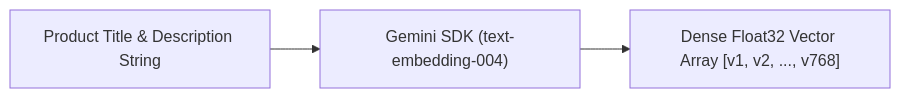
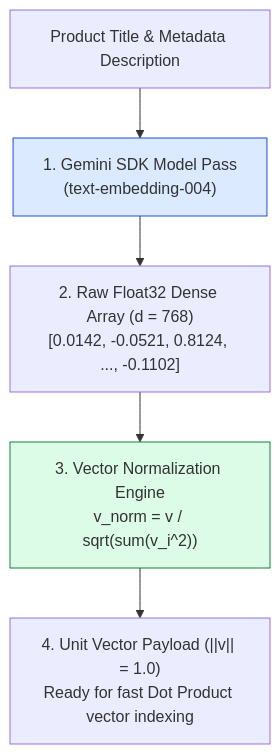
Before and after one commit to Amie-dev/engineering-playbook: the first of 3 diagrams in agentic-ai-notes/02-dukaan-search/01-embeddings-generator.md, drawn with Mermaid. The commit also changed other lines of this file and 10 other files, not shown here.

````diff
--- a/agentic-ai-notes/02-dukaan-search/01-embeddings-generator.md
+++ b/agentic-ai-notes/02-dukaan-search/01-embeddings-generator.md
@@ -10,5 +13,13 @@
 ```mermaid
-flowchart LR
-    Text[Product Title & Description String] --> SDK["Gemini SDK (text-embedding-004)"]
-    SDK --> Vector["Dense Float32 Vector Array [v1, v2, ..., v768]"]
+flowchart TD
+    ProductText[Product Title & Metadata Description] --> EmbedSDK["1. Gemini SDK Model Pass<br/>(text-embedding-004)"]
+
+    EmbedSDK --> RawVector["2. Raw Float32 Dense Array (d = 768)<br/>[0.0142, -0.0521, 0.8124, ..., -0.1102]"]
+
+    RawVector --> Normalizer["3. Vector Normalization Engine<br/>v_norm = v / sqrt(sum(v_i^2))"]
+
+    Normalizer --> UnitVector["4. Unit Vector Payload (||v|| = 1.0)<br/>Ready for fast Dot Product vector indexing"]
+
+    style EmbedSDK fill:#dbeafe,stroke:#1d4ed8
+    style Normalizer fill:#dcfce7,stroke:#15803d
 ```
````
